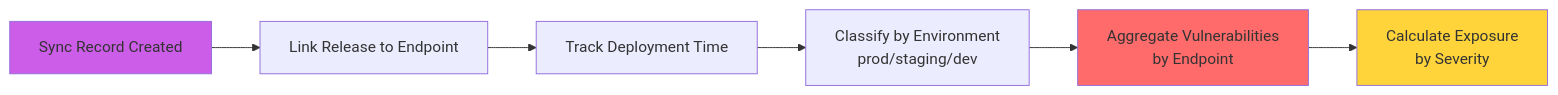
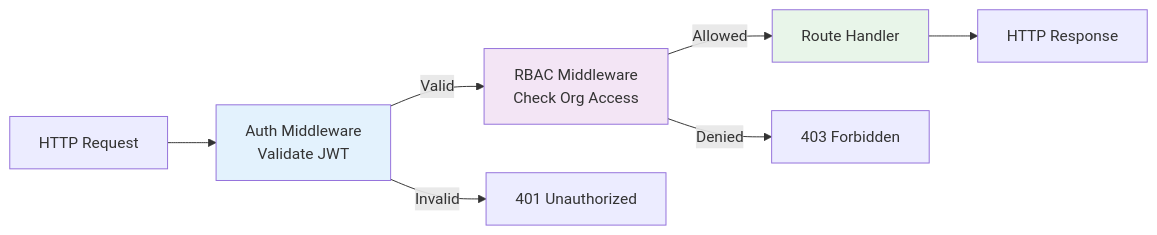
One commit to codeWithUtkarsh/pdvd-backend changed the seventh of 15 diagrams in design.md. Above: the diagram before and after it, drawn with Mermaid. The commit also changed other lines of this file and 2 other files, not shown here.

````diff
--- a/design.md
+++ b/design.md
@@ -211,12 +397,15 @@
 ```mermaid
-flowchart LR
-    A[Sync Record Created] --> B[Link Release to Endpoint]
-    B --> C[Track Deployment Time]
-    C --> D[Classify by Environment<br/>prod/staging/dev]
-    D --> E[Aggregate Vulnerabilities<br/>by Endpoint]
-    E --> F[Calculate Exposure<br/>by Severity]
+graph LR
+    Request[HTTP Request] --> AuthM[Auth Middleware<br/>Validate JWT]
+    AuthM -->|Valid| RBACM[RBAC Middleware<br/>Check Org Access]
+    AuthM -->|Invalid| Err401[401 Unauthorized]
     
-    style A fill:#cc5de8
-    style E fill:#ff6b6b
-    style F fill:#ffd43b
+    RBACM -->|Allowed| Handler[Route Handler]
+    RBACM -->|Denied| Err403[403 Forbidden]
+    
+    Handler --> Response[HTTP Response]
+    
+    style AuthM fill:#e3f2fd
+    style RBACM fill:#f3e5f5
+    style Handler fill:#e8f5e9
 ```
````
